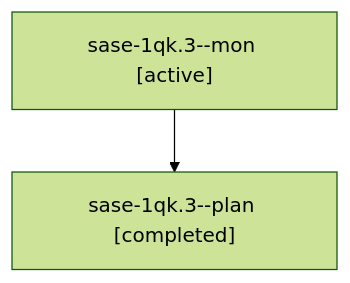
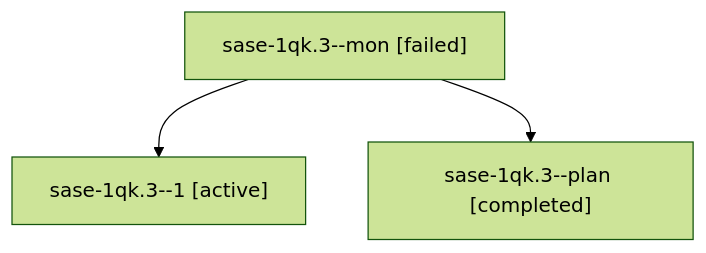
Before and after one commit to sase-org/sase--agents: the diagram in sessions/bbugyi200.athena.sase-1qk.3.md, drawn with Mermaid (forest theme). The commit also changed other lines of this file and 51 other files, not shown here.

````diff
--- a/sessions/bbugyi200.athena.sase-1qk.3.md
+++ b/sessions/bbugyi200.athena.sase-1qk.3.md
@@ -9,6 +9,8 @@
 ```mermaid
 flowchart TD
-  n0["sase-1qk.3--mon [active]"]
-  n1["sase-1qk.3--plan [completed]"]
+  n0["sase-1qk.3--mon [failed]"]
+  n1["sase-1qk.3--1 [active]"]
   n0 --> n1
+  n2["sase-1qk.3--plan [completed]"]
+  n0 --> n2
 ```
````
